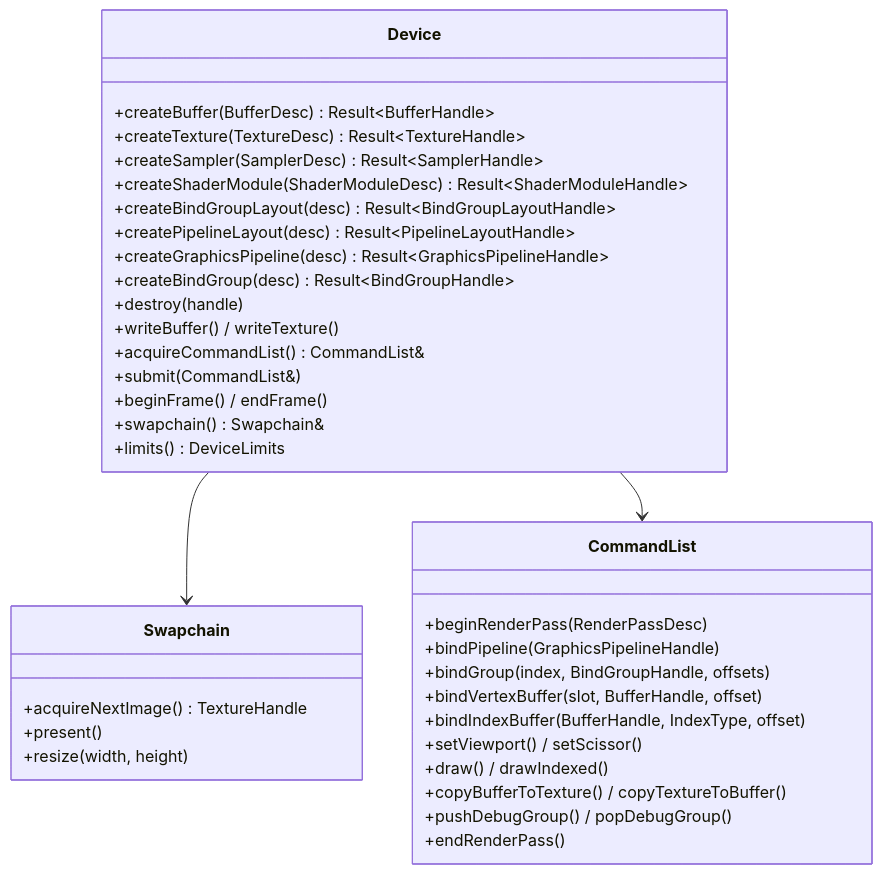
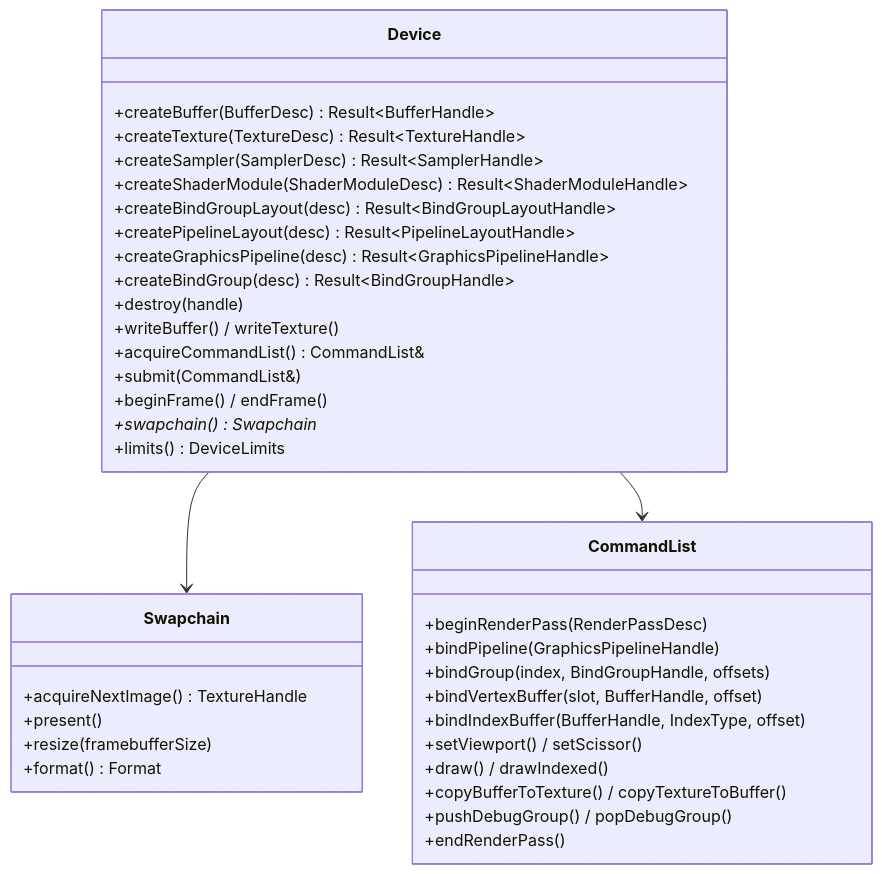
Before and after one commit to fyernald/teserra: the first of 3 diagrams in docs/architecture/rhi.md, drawn with Mermaid. The commit also changed other lines of this file and 25 other files, not shown here.

````diff
--- a/docs/architecture/rhi.md
+++ b/docs/architecture/rhi.md
@@ -18,39 +18,40 @@
 ```mermaid
 classDiagram
     class Device {
       +createBuffer(BufferDesc) Result~BufferHandle~
       +createTexture(TextureDesc) Result~TextureHandle~
       +createSampler(SamplerDesc) Result~SamplerHandle~
       +createShaderModule(ShaderModuleDesc) Result~ShaderModuleHandle~
       +createBindGroupLayout(desc) Result~BindGroupLayoutHandle~
       +createPipelineLayout(desc) Result~PipelineLayoutHandle~
       +createGraphicsPipeline(desc) Result~GraphicsPipelineHandle~
       +createBindGroup(desc) Result~BindGroupHandle~
       +destroy(handle)
       +writeBuffer() / writeTexture()
       +acquireCommandList() CommandList&
       +submit(CommandList&)
       +beginFrame() / endFrame()
-      +swapchain() Swapchain&
+      +swapchain() Swapchain*
       +limits() DeviceLimits
     }
     class Swapchain {
       +acquireNextImage() TextureHandle
       +present()
-      +resize(width, height)
+      +resize(framebufferSize)
+      +format() Format
     }
     class CommandList {
       +beginRenderPass(RenderPassDesc)
       +bindPipeline(GraphicsPipelineHandle)
       +bindGroup(index, BindGroupHandle, offsets)
       +bindVertexBuffer(slot, BufferHandle, offset)
       +bindIndexBuffer(BufferHandle, IndexType, offset)
       +setViewport() / setScissor()
       +draw() / drawIndexed()
       +copyBufferToTexture() / copyTextureToBuffer()
       +pushDebugGroup() / popDebugGroup()
       +endRenderPass()
     }
     Device --> Swapchain
     Device --> CommandList
 ```
````
